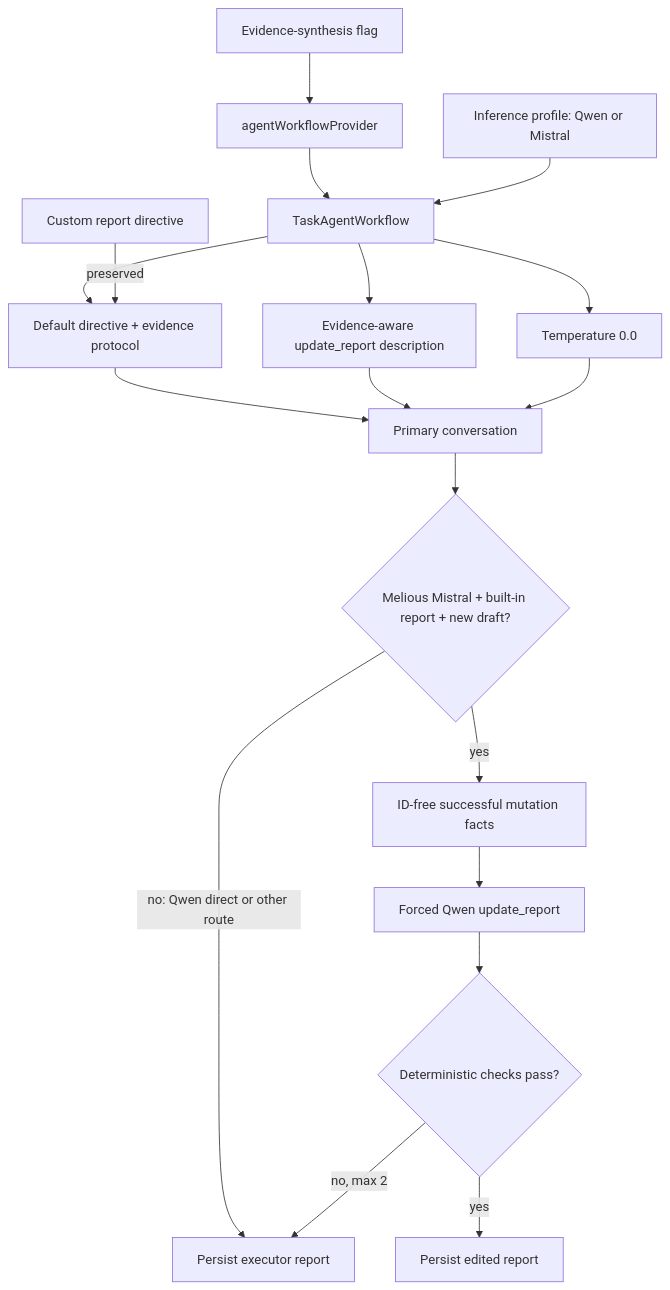
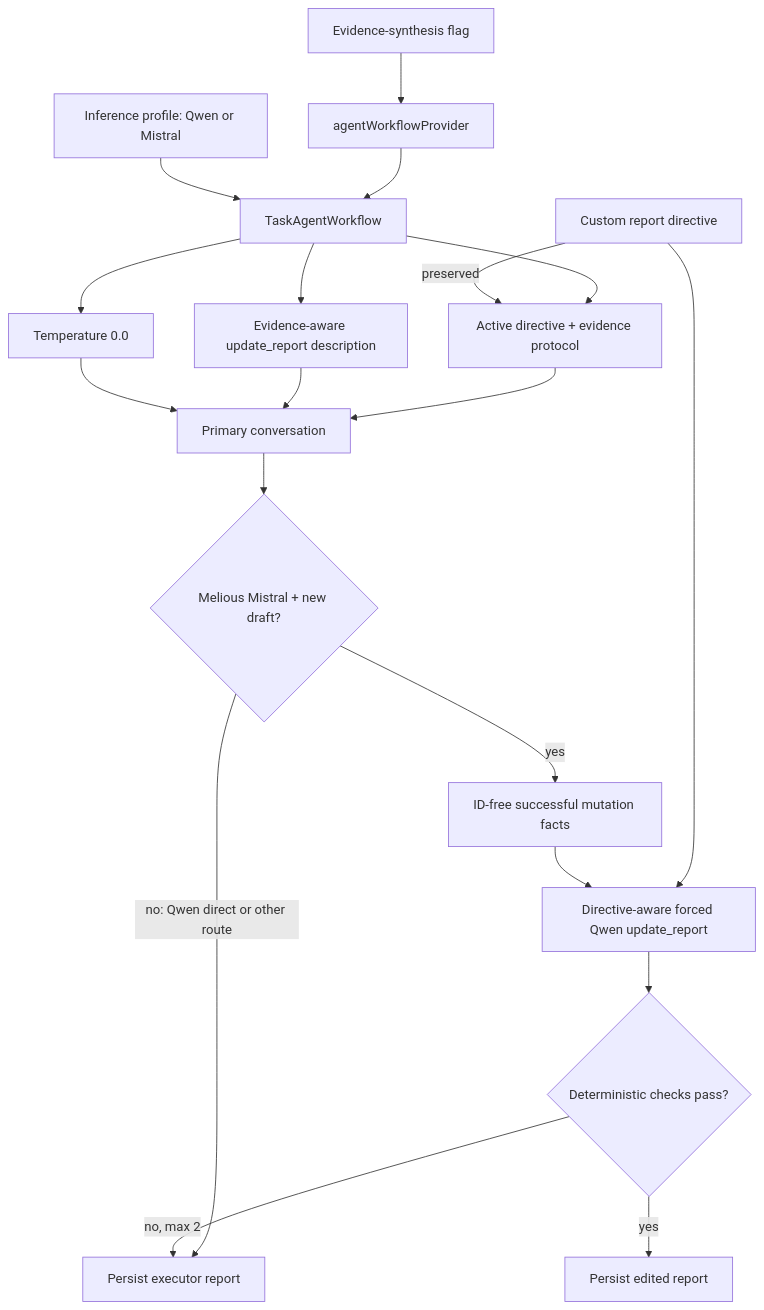
Before and after one commit to matthiasn/lotti: the tenth of 20 diagrams in lib/features/agents/README.md, drawn with Mermaid. The commit also changed other lines of this file and 13 other files, not shown here.

````diff
--- a/lib/features/agents/README.md
+++ b/lib/features/agents/README.md
@@ -896,20 +898,21 @@
 ```mermaid
 flowchart TD
   Flag["Evidence-synthesis flag"] --> Provider["agentWorkflowProvider"]
   Provider --> Workflow["TaskAgentWorkflow"]
   Profile["Inference profile: Qwen or Mistral"] --> Workflow
-  Workflow --> Prompt["Default directive + evidence protocol"]
+  Workflow --> Prompt["Active directive + evidence protocol"]
   Workflow --> Tools["Evidence-aware update_report description"]
   Workflow --> Sampling["Temperature 0.0"]
   Custom["Custom report directive"] -->|preserved| Prompt
   Prompt --> Executor["Primary conversation"]
   Tools --> Executor
   Sampling --> Executor
-  Executor --> Gate{"Melious Mistral + built-in report + new draft?"}
+  Executor --> Gate{"Melious Mistral + new draft?"}
   Gate -->|no: Qwen direct or other route| Persist["Persist executor report"]
   Gate -->|yes| Facts["ID-free successful mutation facts"]
-  Facts --> Editor["Forced Qwen update_report"]
+  Custom --> Editor
+  Facts --> Editor["Directive-aware forced Qwen update_report"]
   Editor --> Validate{"Deterministic checks pass?"}
   Validate -->|yes| PersistEdited["Persist edited report"]
   Validate -->|no, max 2| Persist
 ```
````
